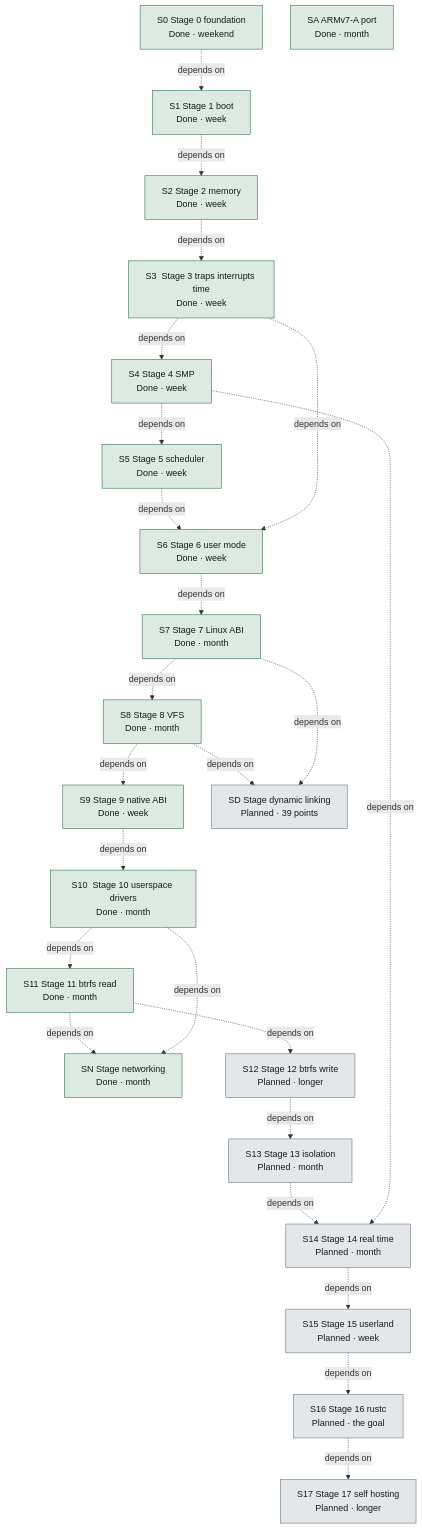
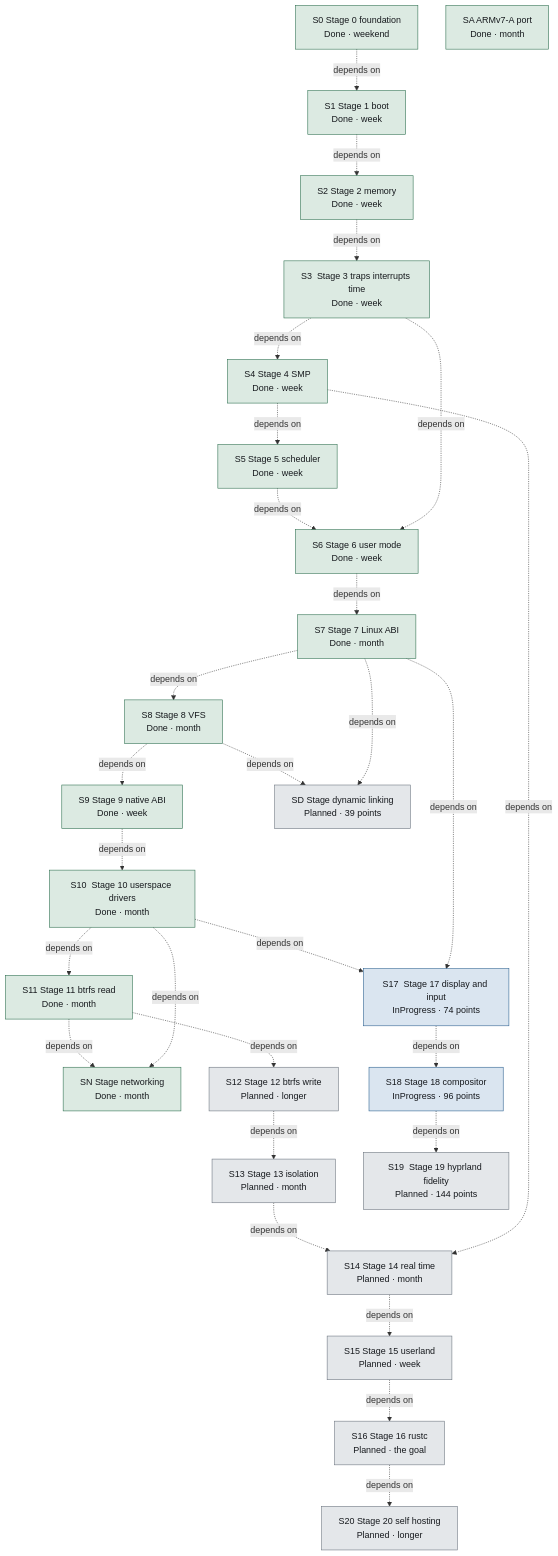
Before and after one commit to SetZero/ferrix: diagram 16 of 19 in docs/generated/ARCHITECTURE.md, drawn with Mermaid. The commit also changed other lines of this file and 6 other files, not shown here.

````diff
--- a/docs/generated/ARCHITECTURE.md
+++ b/docs/generated/ARCHITECTURE.md
@@ -2537,51 +2540,60 @@
 ```mermaid
 flowchart TB
   n0_FerrixRoadmap_stage0Foundation["S0  Stage 0 foundation<br>Done · weekend"]
   n1_FerrixRoadmap_stage1Boot["S1  Stage 1 boot<br>Done · week"]
   n2_FerrixRoadmap_stage2Memory["S2  Stage 2 memory<br>Done · week"]
   n3_FerrixRoadmap_stage3TrapsInterruptsTime["S3  Stage 3 traps interrupts time<br>Done · week"]
   n4_FerrixRoadmap_stage4Smp["S4  Stage 4 SMP<br>Done · week"]
   n5_FerrixRoadmap_armv7aPort["SA  ARMv7-A port<br>Done · month"]
   n6_FerrixRoadmap_stage5Scheduler["S5  Stage 5 scheduler<br>Done · week"]
   n7_FerrixRoadmap_stage6UserMode["S6  Stage 6 user mode<br>Done · week"]
   n8_FerrixRoadmap_stage7LinuxAbi["S7  Stage 7 Linux ABI<br>Done · month"]
   n9_FerrixRoadmap_stage8Vfs["S8  Stage 8 VFS<br>Done · month"]
   n10_FerrixRoadmap_stage9NativeAbi["S9  Stage 9 native ABI<br>Done · week"]
   n11_FerrixRoadmap_stage10UserspaceDrivers["S10  Stage 10 userspace drivers<br>Done · month"]
   n12_FerrixRoadmap_stage11BtrfsRead["S11  Stage 11 btrfs read<br>Done · month"]
   n13_FerrixRoadmap_stageNetworking["SN  Stage networking<br>Done · month"]
   n14_FerrixRoadmap_stageDynamicLinking["SD  Stage dynamic linking<br>Planned · 39 points"]
   n15_FerrixRoadmap_stage12BtrfsWrite["S12  Stage 12 btrfs write<br>Planned · longer"]
   n16_FerrixRoadmap_stage13Isolation["S13  Stage 13 isolation<br>Planned · month"]
   n17_FerrixRoadmap_stage14RealTime["S14  Stage 14 real time<br>Planned · month"]
   n18_FerrixRoadmap_stage15Userland["S15  Stage 15 userland<br>Planned · week"]
   n19_FerrixRoadmap_stage16Rustc["S16  Stage 16 rustc<br>Planned · the goal"]
-  n20_FerrixRoadmap_stage17SelfHosting["S17  Stage 17 self hosting<br>Planned · longer"]
+  n20_FerrixRoadmap_stage17DisplayAndInput["S17  Stage 17 display and input<br>InProgress · 74 points"]
+  n21_FerrixRoadmap_stage18Compositor["S18  Stage 18 compositor<br>InProgress · 96 points"]
+  n22_FerrixRoadmap_stage19HyprlandFidelity["S19  Stage 19 hyprland fidelity<br>Planned · 144 points"]
+  n23_FerrixRoadmap_stage20SelfHosting["S20  Stage 20 self hosting<br>Planned · longer"]
   n0_FerrixRoadmap_stage0Foundation -. "depends on" .-> n1_FerrixRoadmap_stage1Boot
   n1_FerrixRoadmap_stage1Boot -. "depends on" .-> n2_FerrixRoadmap_stage2Memory
   n2_FerrixRoadmap_stage2Memory -. "depends on" .-> n3_FerrixRoadmap_stage3TrapsInterruptsTime
   n3_FerrixRoadmap_stage3TrapsInterruptsTime -. "depends on" .-> n4_FerrixRoadmap_stage4Smp
   n4_FerrixRoadmap_stage4Smp -. "depends on" .-> n6_FerrixRoadmap_stage5Scheduler
   n6_FerrixRoadmap_stage5Scheduler -. "depends on" .-> n7_FerrixRoadmap_stage6UserMode
   n3_FerrixRoadmap_stage3TrapsInterruptsTime -. "depends on" .-> n7_FerrixRoadmap_stage6UserMode
   n7_FerrixRoadmap_stage6UserMode -. "depends on" .-> n8_FerrixRoadmap_stage7LinuxAbi
   n8_FerrixRoadmap_stage7LinuxAbi -. "depends on" .-> n9_FerrixRoadmap_stage8Vfs
   n9_FerrixRoadmap_stage8Vfs -. "depends on" .-> n10_FerrixRoadmap_stage9NativeAbi
   n10_FerrixRoadmap_stage9NativeAbi -. "depends on" .-> n11_FerrixRoadmap_stage10UserspaceDrivers
   n11_FerrixRoadmap_stage10UserspaceDrivers -. "depends on" .-> n12_FerrixRoadmap_stage11BtrfsRead
   n12_FerrixRoadmap_stage11BtrfsRead -. "depends on" .-> n13_FerrixRoadmap_stageNetworking
   n11_FerrixRoadmap_stage10UserspaceDrivers -. "depends on" .-> n13_FerrixRoadmap_stageNetworking
   n9_FerrixRoadmap_stage8Vfs -. "depends on" .-> n14_FerrixRoadmap_stageDynamicLinking
   n8_FerrixRoadmap_stage7LinuxAbi -. "depends on" .-> n14_FerrixRoadmap_stageDynamicLinking
   n12_FerrixRoadmap_stage11BtrfsRead -. "depends on" .-> n15_FerrixRoadmap_stage12BtrfsWrite
   n15_FerrixRoadmap_stage12BtrfsWrite -. "depends on" .-> n16_FerrixRoadmap_stage13Isolation
   n16_FerrixRoadmap_stage13Isolation -. "depends on" .-> n17_FerrixRoadmap_stage14RealTime
   n4_FerrixRoadmap_stage4Smp -. "depends on" .-> n17_FerrixRoadmap_stage14RealTime
   n17_FerrixRoadmap_stage14RealTime -. "depends on" .-> n18_FerrixRoadmap_stage15Userland
   n18_FerrixRoadmap_stage15Userland -. "depends on" .-> n19_FerrixRoadmap_stage16Rustc
-  n19_FerrixRoadmap_stage16Rustc -. "depends on" .-> n20_FerrixRoadmap_stage17SelfHosting
+  n11_FerrixRoadmap_stage10UserspaceDrivers -. "depends on" .-> n20_FerrixRoadmap_stage17DisplayAndInput
+  n8_FerrixRoadmap_stage7LinuxAbi -. "depends on" .-> n20_FerrixRoadmap_stage17DisplayAndInput
+  n20_FerrixRoadmap_stage17DisplayAndInput -. "depends on" .-> n21_FerrixRoadmap_stage18Compositor
+  n21_FerrixRoadmap_stage18Compositor -. "depends on" .-> n22_FerrixRoadmap_stage19HyprlandFidelity
+  n19_FerrixRoadmap_stage16Rustc -. "depends on" .-> n23_FerrixRoadmap_stage20SelfHosting
   classDef implemented fill:#dceae2,stroke:#2c6e4e,color:#16191d
   classDef planned fill:#e4e7ea,stroke:#6a737e,color:#16191d
+  classDef inProgress fill:#dae5f0,stroke:#2a5f8f,color:#16191d
   class n0_FerrixRoadmap_stage0Foundation,n1_FerrixRoadmap_stage1Boot,n2_FerrixRoadmap_stage2Memory,n3_FerrixRoadmap_stage3TrapsInterruptsTime,n4_FerrixRoadmap_stage4Smp,n5_FerrixRoadmap_armv7aPort,n6_FerrixRoadmap_stage5Scheduler,n7_FerrixRoadmap_stage6UserMode,n8_FerrixRoadmap_stage7LinuxAbi,n9_FerrixRoadmap_stage8Vfs,n10_FerrixRoadmap_stage9NativeAbi,n11_FerrixRoadmap_stage10UserspaceDrivers,n12_FerrixRoadmap_stage11BtrfsRead,n13_FerrixRoadmap_stageNetworking implemented
-  class n14_FerrixRoadmap_stageDynamicLinking,n15_FerrixRoadmap_stage12BtrfsWrite,n16_FerrixRoadmap_stage13Isolation,n17_FerrixRoadmap_stage14RealTime,n18_FerrixRoadmap_stage15Userland,n19_FerrixRoadmap_stage16Rustc,n20_FerrixRoadmap_stage17SelfHosting planned
+  class n14_FerrixRoadmap_stageDynamicLinking,n15_FerrixRoadmap_stage12BtrfsWrite,n16_FerrixRoadmap_stage13Isolation,n17_FerrixRoadmap_stage14RealTime,n18_FerrixRoadmap_stage15Userland,n19_FerrixRoadmap_stage16Rustc,n22_FerrixRoadmap_stage19HyprlandFidelity,n23_FerrixRoadmap_stage20SelfHosting planned
+  class n20_FerrixRoadmap_stage17DisplayAndInput,n21_FerrixRoadmap_stage18Compositor inProgress
 ```
````
